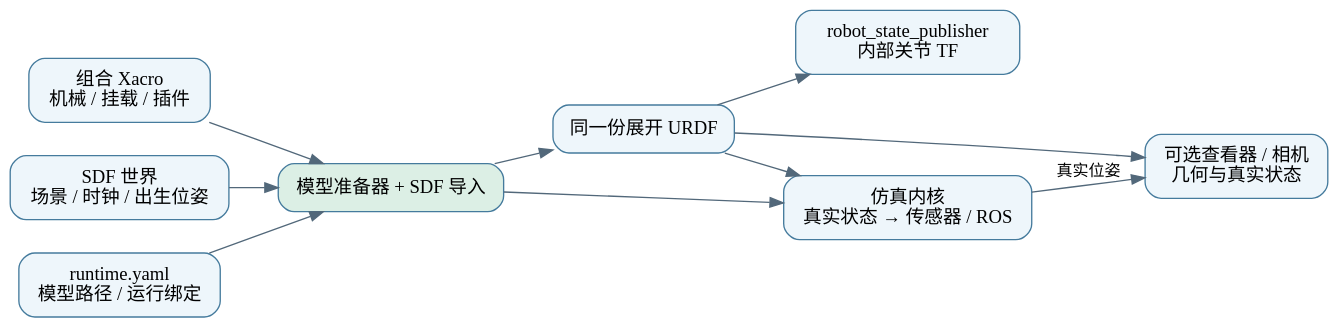
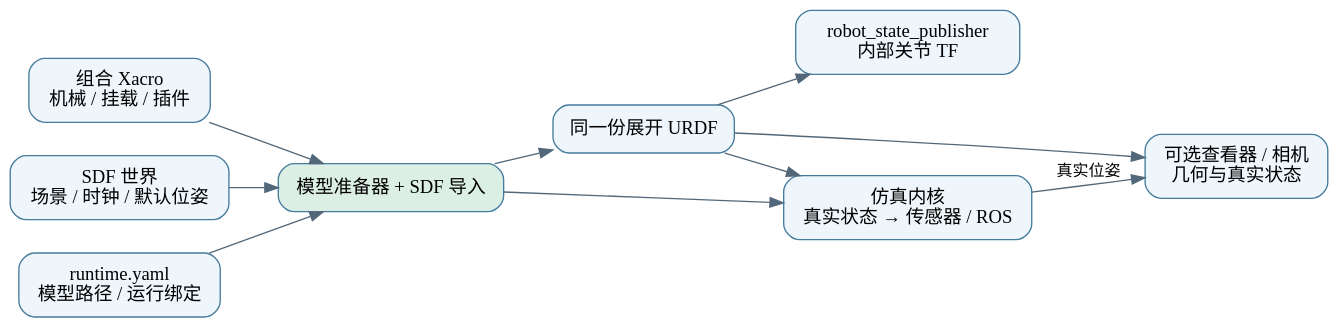
Before and after one commit to chiway-luo/litesim3d_ros2: the diagram in docs/images/config-flow.dot, drawn with Graphviz. The commit also changed 191 other files, not shown here.

```diff
--- a/docs/images/config-flow.dot
+++ b/docs/images/config-flow.dot
@@ -1,4 +1,4 @@
 digraph G { rankdir=LR;graph [bgcolor="transparent",pad="0.2",nodesep="0.35",ranksep="0.5"]; node [shape=box,style="rounded,filled",fillcolor="#eef6fb",color="#457b9d",fontname="PingFang SC",fontsize=14,margin="0.16,0.12"]; edge [color="#52687a",fontname="PingFang SC",fontsize=12];
-x [label="组合 Xacro\n机械 / 挂载 / 插件"]; s [label="SDF 世界\n场景 / 时钟 / 出生位姿"]; r [label="runtime.yaml\n模型路径 / 运行绑定"]; p [label="模型准备器 + SDF 导入",fillcolor="#dcefe5"]; u [label="同一份展开 URDF"]; c [label="仿真内核\n真实状态 → 传感器 / ROS"]; rsp [label="robot_state_publisher\n内部关节 TF"]; g [label="可选查看器 / 相机\n几何与真实状态"];
+x [label="组合 Xacro\n机械 / 挂载 / 插件"]; s [label="SDF 世界\n场景 / 时钟 / 默认位姿"]; r [label="runtime.yaml\n模型路径 / 运行绑定"]; p [label="模型准备器 + SDF 导入",fillcolor="#dcefe5"]; u [label="同一份展开 URDF"]; c [label="仿真内核\n真实状态 → 传感器 / ROS"]; rsp [label="robot_state_publisher\n内部关节 TF"]; g [label="可选查看器 / 相机\n几何与真实状态"];
 x->p; s->p; r->p; p->u; p->c; u->c;u->rsp;u->g;c->g [label="真实位姿"];
 }
```
